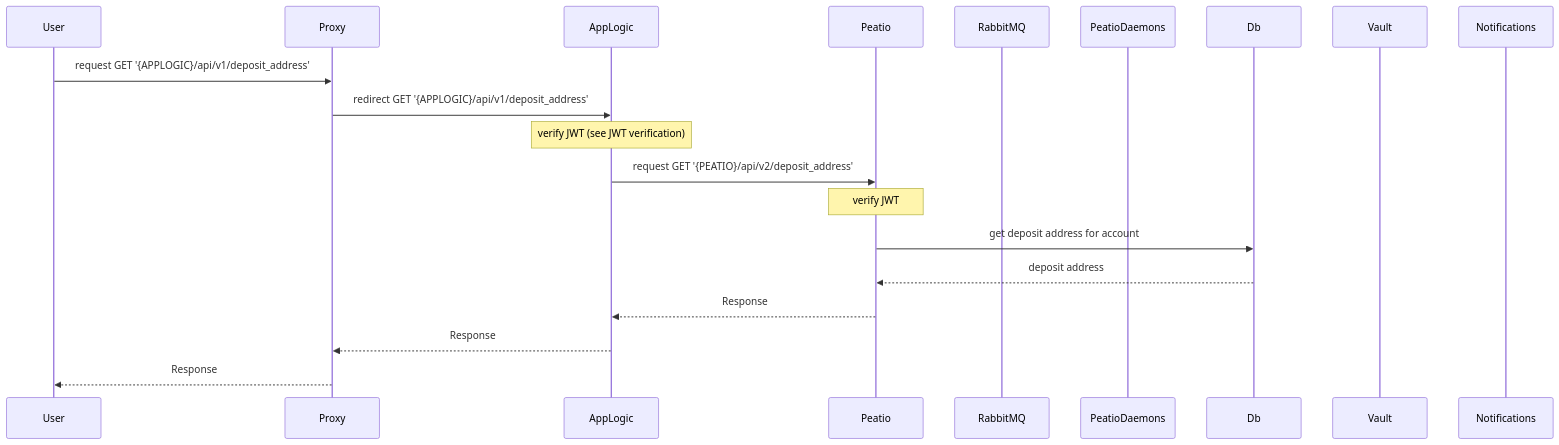
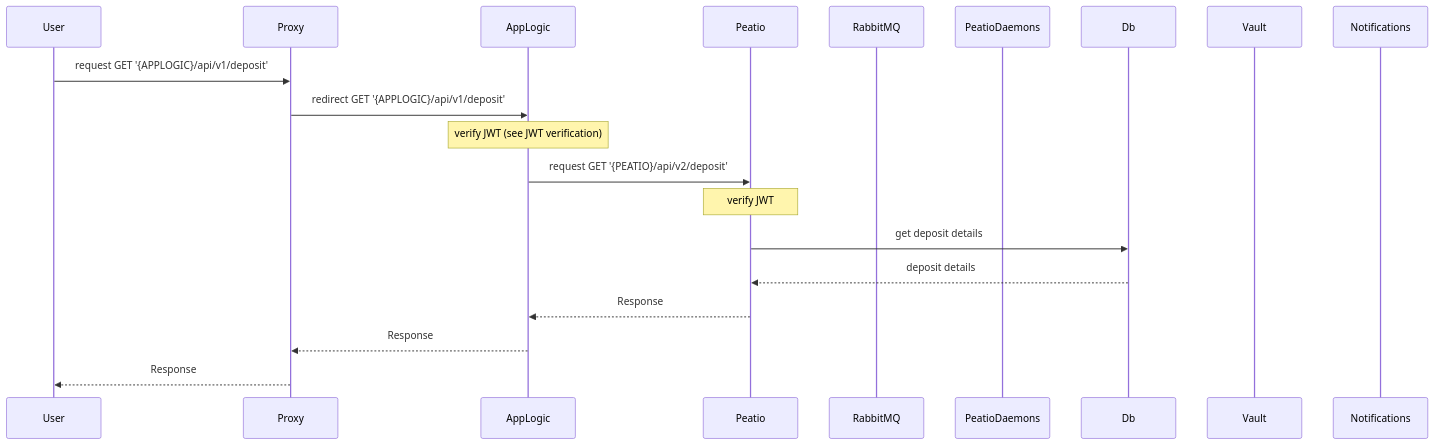
One commit to sergii-savchenko/rkcp_arch changed the fourth of 4 diagrams in content/3.030.accountInfo.md. Above: the diagram before and after it, drawn with Mermaid. The commit also changed other lines of this file and 2 other files, not shown here.

````diff
--- a/content/3.030.accountInfo.md
+++ b/content/3.030.accountInfo.md
@@ -56,23 +88,23 @@
 ```mermaid
 sequenceDiagram
     participant User
     participant Proxy
     participant AppLogic
     participant Peatio
     participant RabbitMQ
     participant PeatioDaemons
     participant Db
     participant Vault
     participant Notifications
 
-    User->>Proxy: request GET '{APPLOGIC}/api/v1/deposit_address'
-    Proxy->>AppLogic: redirect GET '{APPLOGIC}/api/v1/deposit_address'
+    User->>Proxy: request GET '{APPLOGIC}/api/v1/deposit'
+    Proxy->>AppLogic: redirect GET '{APPLOGIC}/api/v1/deposit'
     Note over AppLogic: verify JWT (see JWT verification)
-    AppLogic->>Peatio: request GET '{PEATIO}/api/v2/deposit_address'
+    AppLogic->>Peatio: request GET '{PEATIO}/api/v2/deposit'
     Note over Peatio: verify JWT
-    Peatio->>Db: get deposit address for account
-    Db-->>Peatio: deposit address
+    Peatio->>Db: get deposit details
+    Db-->>Peatio: deposit details
     Peatio-->>AppLogic: Response
     AppLogic-->>Proxy: Response
     Proxy-->>User: Response
 ```
````
